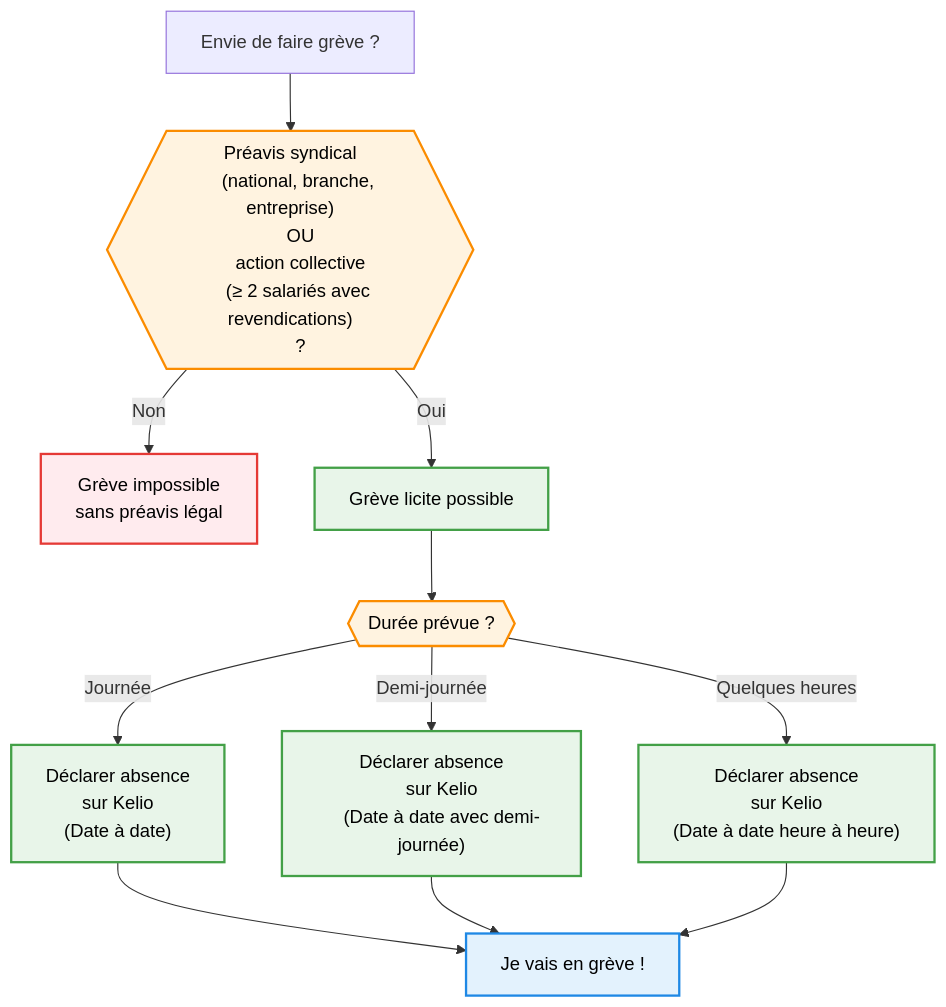
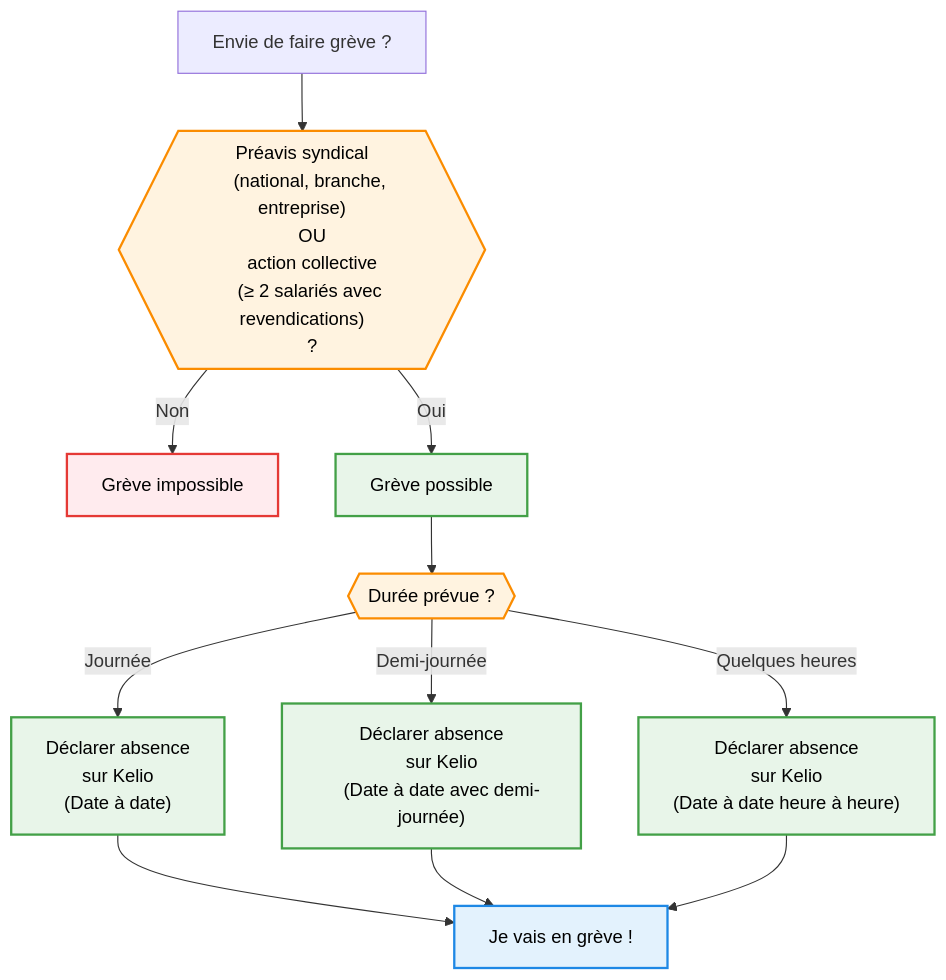
Before and after one commit to KSA-Syndic/ksa-syndic: the diagram in content/droits/greve.md, drawn with Mermaid. The commit also changed other lines of this file and 51 other files, not shown here.

```diff
--- a/content/droits/greve.md
+++ b/content/droits/greve.md
@@ -52,67 +78,66 @@
 {{< mermaid >}}
 flowchart TD
 %% === Styles ===
 classDef decision fill:#FFF3E0,stroke:#FB8C00,stroke-width:2px,color:#000;
 classDef action fill:#E8F5E9,stroke:#43A047,stroke-width:2px,color:#000;
 classDef blocked fill:#FFEBEE,stroke:#E53935,stroke-width:2px,color:#000;
 classDef success fill:#E3F2FD,stroke:#1E88E5,stroke-width:2px,color:#000;
 
     %% === Nodes ===
     A[Envie de faire grève ?]
 
     B{{"
     Préavis syndical
     (national, branche, entreprise)
     OU
     action collective
     (≥ 2 salariés avec revendications)
     ?"}}
 
     Z["
     Grève impossible
-    sans préavis légal
     "]
 
-    F1[Grève licite possible]
+    F1[Grève possible]
 
     G{{"Durée prévue ?"}}
 
     H["
     Déclarer absence
     sur Kelio
     (Date à date)
     "]
 
     I["
     Déclarer absence
     sur Kelio
     (Date à date avec demi-journée)
     "]
 
     J["
     Déclarer absence
     sur Kelio
     (Date à date heure à heure)
     "]
 
     K["Je vais en grève !"]
 
     %% === Links ===
     A --> B
     B -- Non --> Z
     B -- Oui --> F1
     F1 --> G
     G -- Journée --> H
     G -- Demi-journée --> I
     G -- "Quelques heures" --> J
     H --> K
     I --> K
     J --> K
 
     %% === Apply styles ===
     class B,G decision
     class F1,H,I,J action
     class Z blocked
     class K success
 
 {{< /mermaid >}}
```
